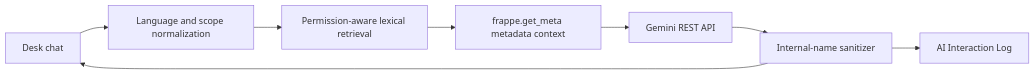
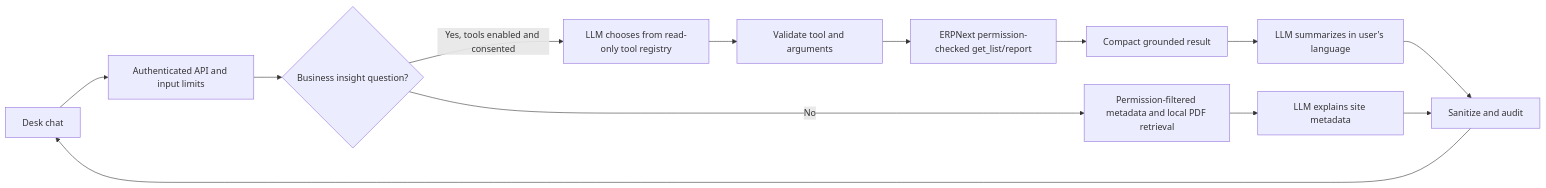
One commit to boulanouarmohamed1/HW_ai_support changed the diagram in docs/architecture.md. Above: the diagram before and after it, drawn with Mermaid. The commit also changed other lines of this file and 15 other files, not shown here.

````diff
--- a/docs/architecture.md
+++ b/docs/architecture.md
@@ -3,10 +3,15 @@
 ```mermaid
 flowchart LR
-  U[Desk chat] --> N[Language and scope normalization]
-  N --> R[Permission-aware lexical retrieval]
-  R --> M[frappe.get_meta metadata context]
-  M --> G[Gemini REST API]
-  G --> S[Internal-name sanitizer]
-  S --> L[AI Interaction Log]
+  U[Desk chat] --> A[Authenticated API and input limits]
+  A --> I{Business insight question?}
+  I -->|Yes, tools enabled and consented| T[LLM chooses from read-only tool registry]
+  T --> V[Validate tool and arguments]
+  V --> P[ERPNext permission-checked get_list/report]
+  P --> G[Compact grounded result]
+  G --> L[LLM summarizes in user's language]
+  I -->|No| R[Permission-filtered metadata and local PDF retrieval]
+  R --> M[LLM explains site metadata]
+  L --> S[Sanitize and audit]
+  M --> S
   S --> U
 ```
````
